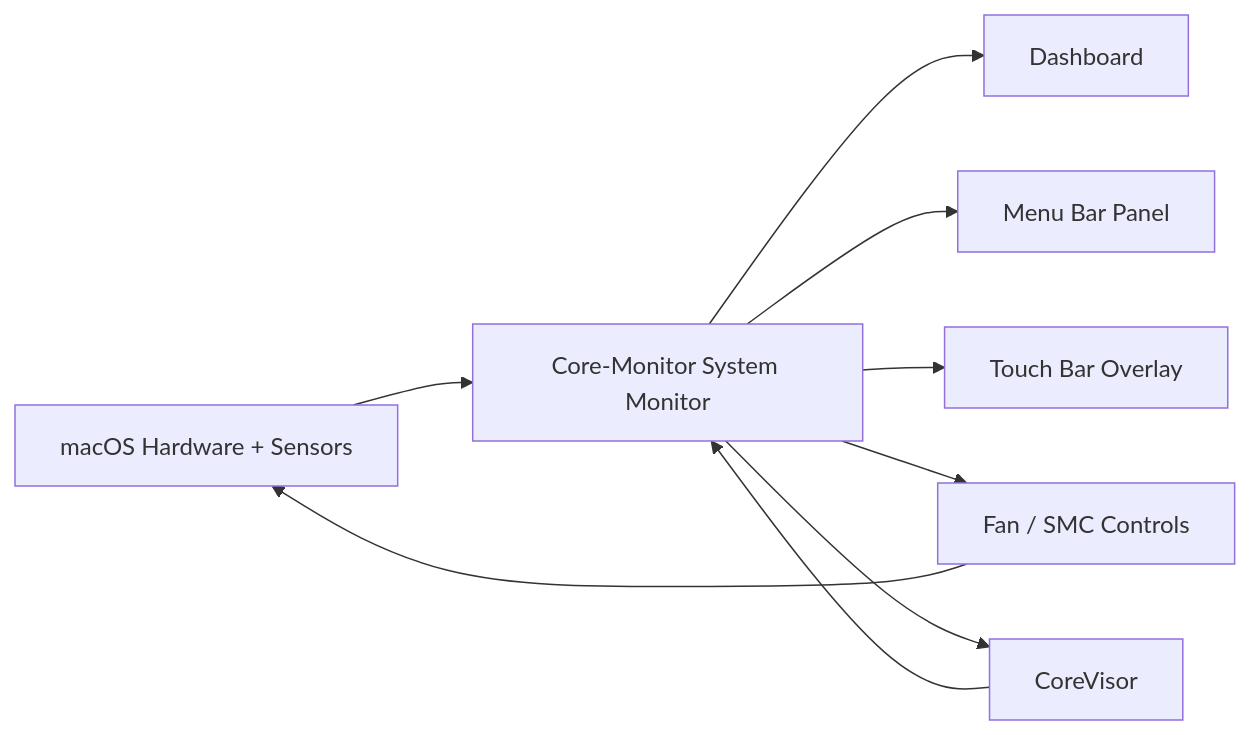
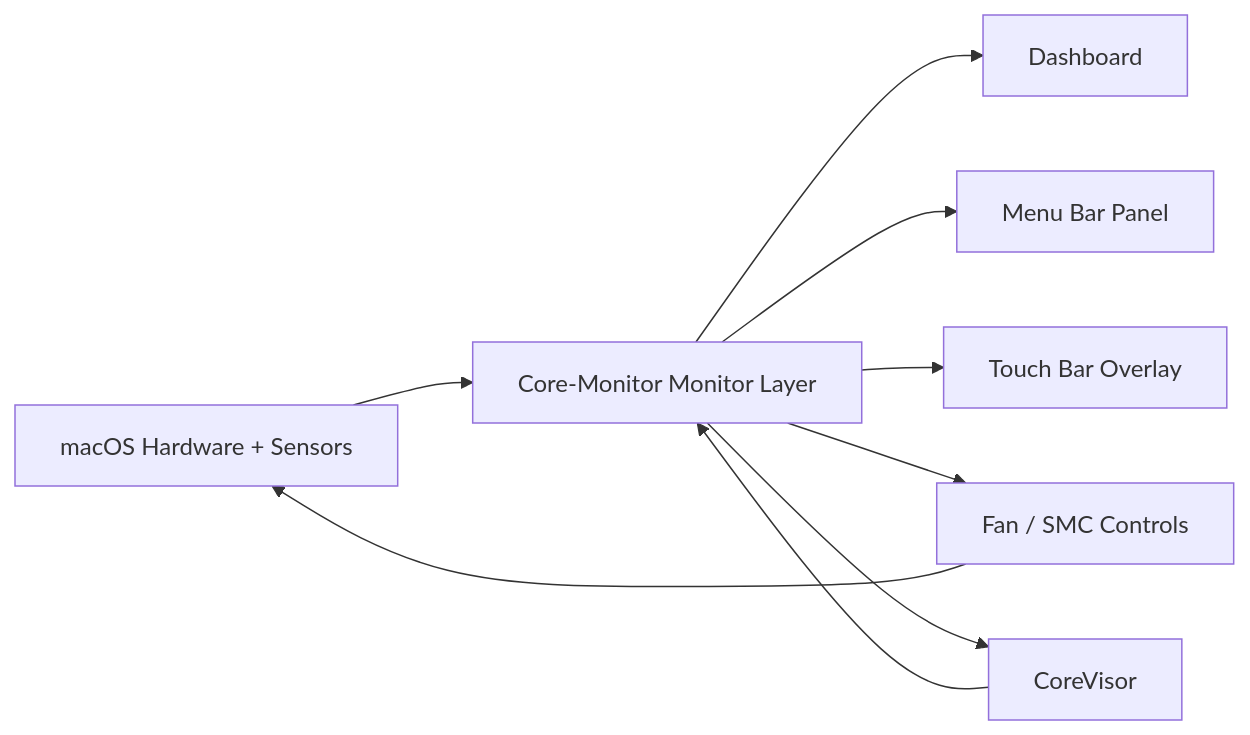
The first of 2 diagrams in README.md (offyotto/Core-Monitor), drawn with Mermaid before and after one commit. The commit also changed other lines of this file, not shown here.

````diff
--- a/README.md
+++ b/README.md
@@ -103,11 +127,11 @@
 ```mermaid
 flowchart LR
-    A["macOS Hardware + Sensors"] --> B["Core-Monitor System Monitor"]
+    A["macOS Hardware + Sensors"] --> B["Core-Monitor Monitor Layer"]
     B --> C["Dashboard"]
     B --> D["Menu Bar Panel"]
     B --> E["Touch Bar Overlay"]
     B --> F["Fan / SMC Controls"]
+    B --> G["CoreVisor"]
     F --> A
-    G["CoreVisor"] --> B
-    B --> G
+    G --> B
 ```
````
